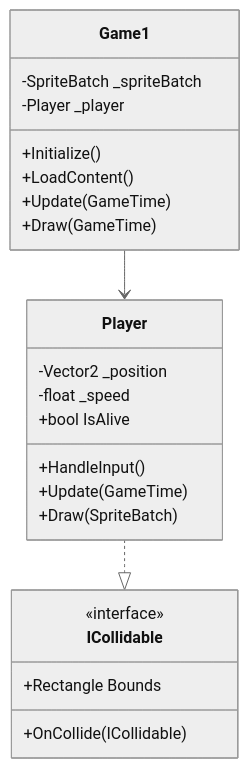
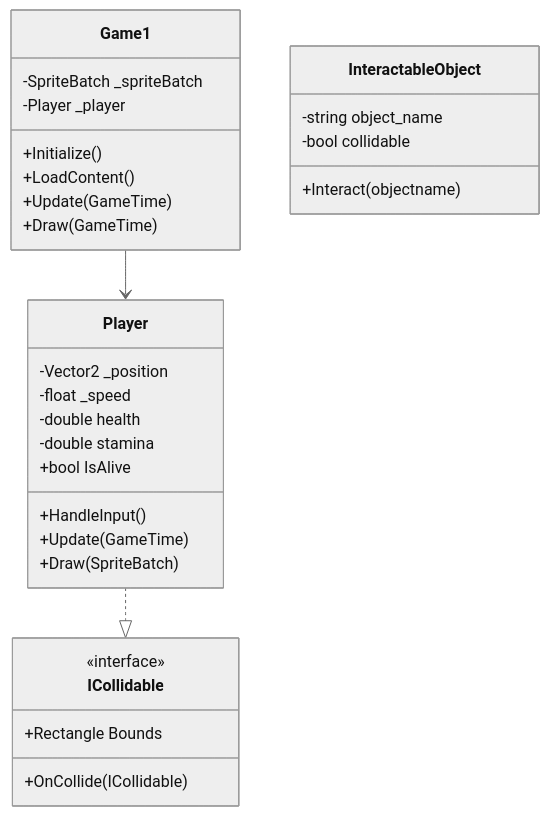
Before and after one commit to nanopak48-ux/958225-project: the diagram in 01_GDD/gdd/04-class-diagram-1.md, drawn with Mermaid (neutral theme). The commit also changed other lines of this file and 3 other files, not shown here.

````diff
--- a/01_GDD/gdd/04-class-diagram-1.md
+++ b/01_GDD/gdd/04-class-diagram-1.md
@@ -9,26 +8,34 @@
 ```mermaid
 classDiagram
     class Game1 {
         -SpriteBatch _spriteBatch
         -Player _player
         +Initialize()
         +LoadContent()
         +Update(GameTime)
         +Draw(GameTime)
     }
     class Player {
         -Vector2 _position
         -float _speed
+	-double health
+	-double stamina
         +bool IsAlive
         +HandleInput()
         +Update(GameTime)
         +Draw(SpriteBatch)
     }
     class ICollidable {
         <<interface>>
         +Rectangle Bounds
         +OnCollide(ICollidable)
     }
+	class InteractableObject{
+		-string object_name
+		-bool collidable
+		+Interact(objectname)
+	}
+
     Game1 --> Player
     Player ..|> ICollidable
 ```
````
